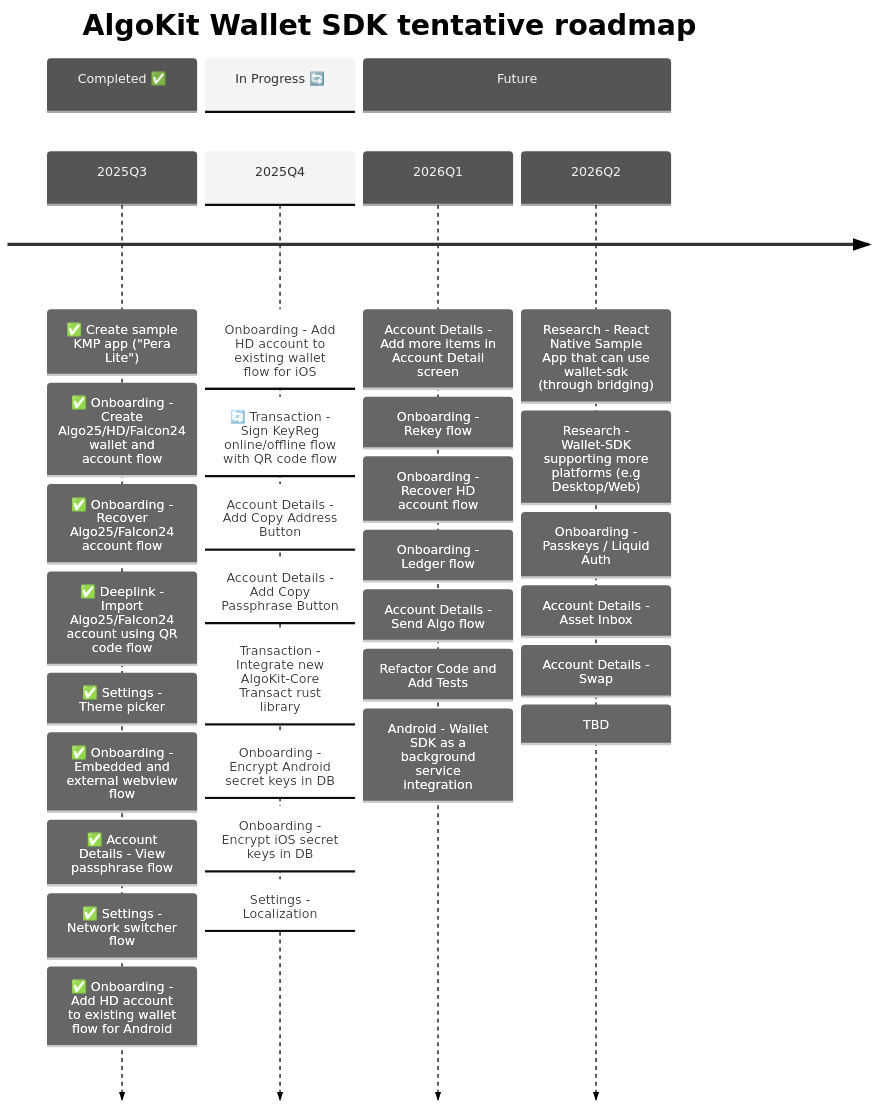
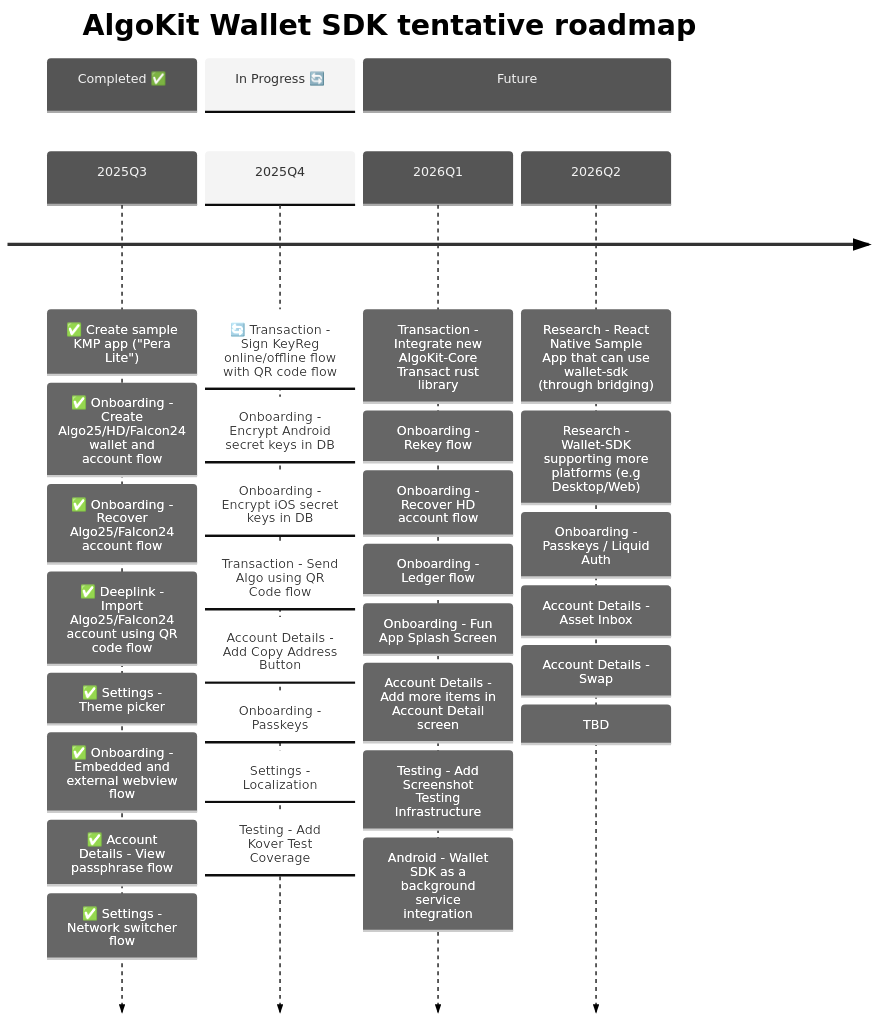
The second of 3 diagrams in README.md (michaeltchuang/algokit-walletsdk-kmp), drawn with Mermaid before and after one commit. The commit also changed other lines of this file and 14 other files, not shown here.

````diff
--- a/README.md
+++ b/README.md
@@ -47,44 +47,44 @@
 ```mermaid
 ---
 config:
   theme: 'neutral'
 ---
 timeline
     title AlgoKit Wallet SDK tentative roadmap
 
     section Completed ✅
     2025Q3  : ✅ Create sample KMP app ("Pera Lite")
             : ✅ Onboarding - Create Algo25/HD/Falcon24 wallet and account flow
             : ✅ Onboarding - Recover Algo25/Falcon24 account flow
             : ✅ Deeplink - Import Algo25/Falcon24 account using QR code flow
             : ✅ Settings - Theme picker
             : ✅ Onboarding - Embedded and external webview flow
             : ✅ Account Details - View passphrase flow
             : ✅ Settings - Network switcher flow
-            : ✅ Onboarding - Add HD account to existing wallet flow for Android
 
     section In Progress 🔄
-    2025Q4  : Onboarding - Add HD account to existing wallet flow for iOS
-            : 🔄 Transaction - Sign KeyReg online/offline flow with QR code flow
-            : Account Details - Add Copy Address Button
-            : Account Details - Add Copy Passphrase Button
-            : Transaction - Integrate new AlgoKit-Core Transact rust library
+    2025Q4  : 🔄 Transaction - Sign KeyReg online/offline flow with QR code flow
             : Onboarding - Encrypt Android secret keys in DB
             : Onboarding - Encrypt iOS secret keys in DB
+            : Transaction - Send Algo using QR Code flow
+            : Account Details - Add Copy Address Button
+            : Onboarding - Passkeys
             : Settings - Localization
+            : Testing - Add Kover Test Coverage
 
     section Future
-    2026Q1  : Account Details - Add more items in Account Detail screen
+    2026Q1  : Transaction - Integrate new AlgoKit-Core Transact rust library
             : Onboarding - Rekey flow
             : Onboarding - Recover HD account flow
             : Onboarding - Ledger flow
-            : Account Details - Send Algo flow
-            : Refactor Code and Add Tests
+            : Onboarding - Fun App Splash Screen
+            : Account Details - Add more items in Account Detail screen
+            : Testing - Add Screenshot Testing Infrastructure
             : Android - Wallet SDK as a background service integration
     2026Q2  : Research - React Native Sample App that can use wallet-sdk (through bridging)
             : Research - Wallet-SDK supporting more platforms (e.g Desktop/Web)
             : Onboarding - Passkeys / Liquid Auth
             : Account Details - Asset Inbox
             : Account Details - Swap
             : TBD
 ```
````
